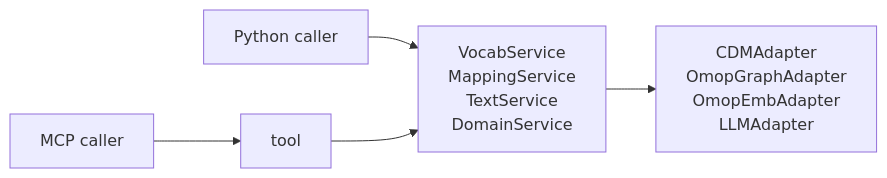
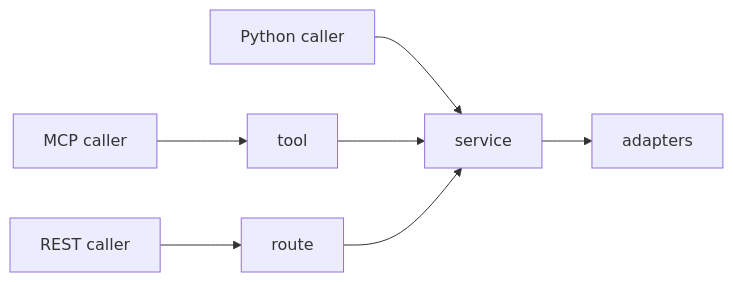
The diagram in docs/tools/overview.md (AustralianCancerDataNetwork/groundworkers), drawn with Mermaid before and after one commit. The commit also changed other lines of this file and 85 other files, not shown here.

````diff
--- a/docs/tools/overview.md
+++ b/docs/tools/overview.md
@@ -58,7 +59,9 @@
 ```mermaid
 flowchart LR
-    MCP[MCP caller] --> MT[tool]
+    MCP[MCP caller] --> TOOL[tool]
+    REST[REST caller] --> API[route]
     PY[Python caller] --> SVC[service]
-    MT --> SVC
-    SVC[VocabService\nMappingService\nTextService\nDomainService] --> ADP[CDMAdapter\nOmopGraphAdapter\nOmopEmbAdapter\nLLMAdapter]
+    TOOL --> SVC
+    API --> SVC
+    SVC --> ADP[adapters]
 ```
````
